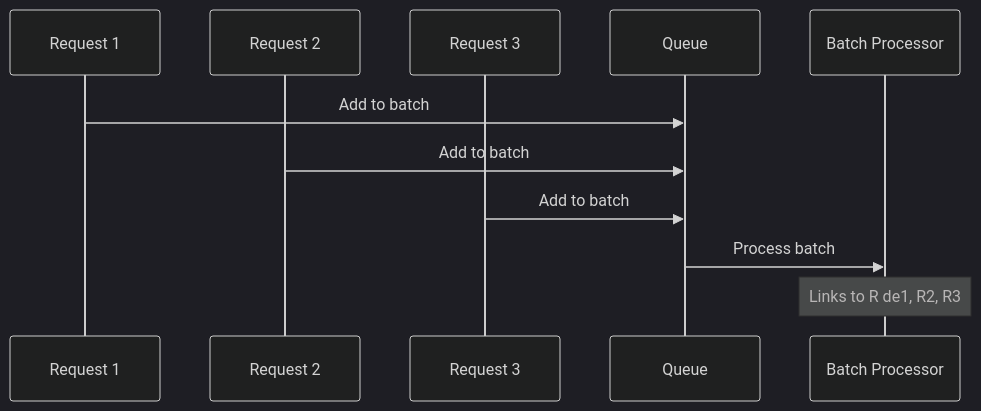
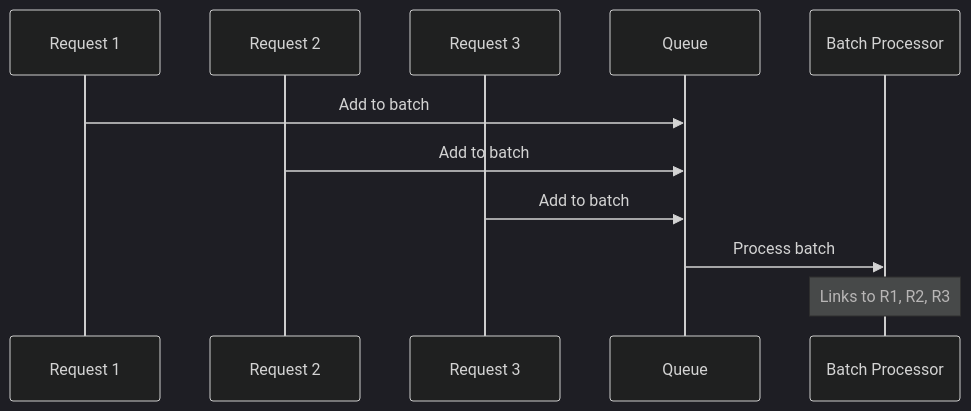
The second of 6 diagrams in posts/2026-01-07-opentelemetry-span-links/README.md (OneUptime/blog), drawn with Mermaid (dark theme) before and after one commit. The commit also changed other lines of this file and 2 other files, not shown here.

Commit message:
validate: 2026-01-07-opentelemetry-span-links

````diff
--- a/posts/2026-01-07-opentelemetry-span-links/README.md
+++ b/posts/2026-01-07-opentelemetry-span-links/README.md
@@ -101,14 +102,14 @@
 ```mermaid
 sequenceDiagram
     participant R1 as Request 1
     participant R2 as Request 2
     participant R3 as Request 3
     participant Q as Queue
     participant BP as Batch Processor
 
     R1->>Q: Add to batch
     R2->>Q: Add to batch
     R3->>Q: Add to batch
     Q->>BP: Process batch
-    Note over BP: Links to R de1, R2, R3
+    Note over BP: Links to R1, R2, R3
 ```
````
